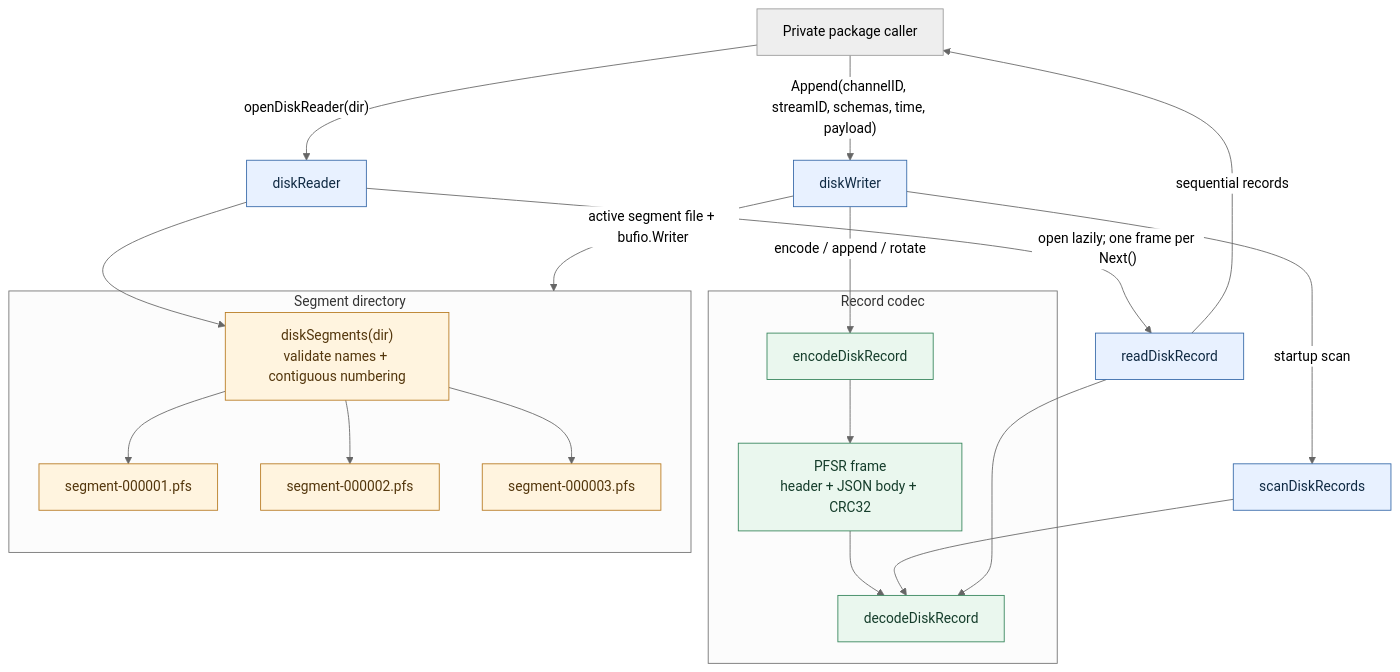
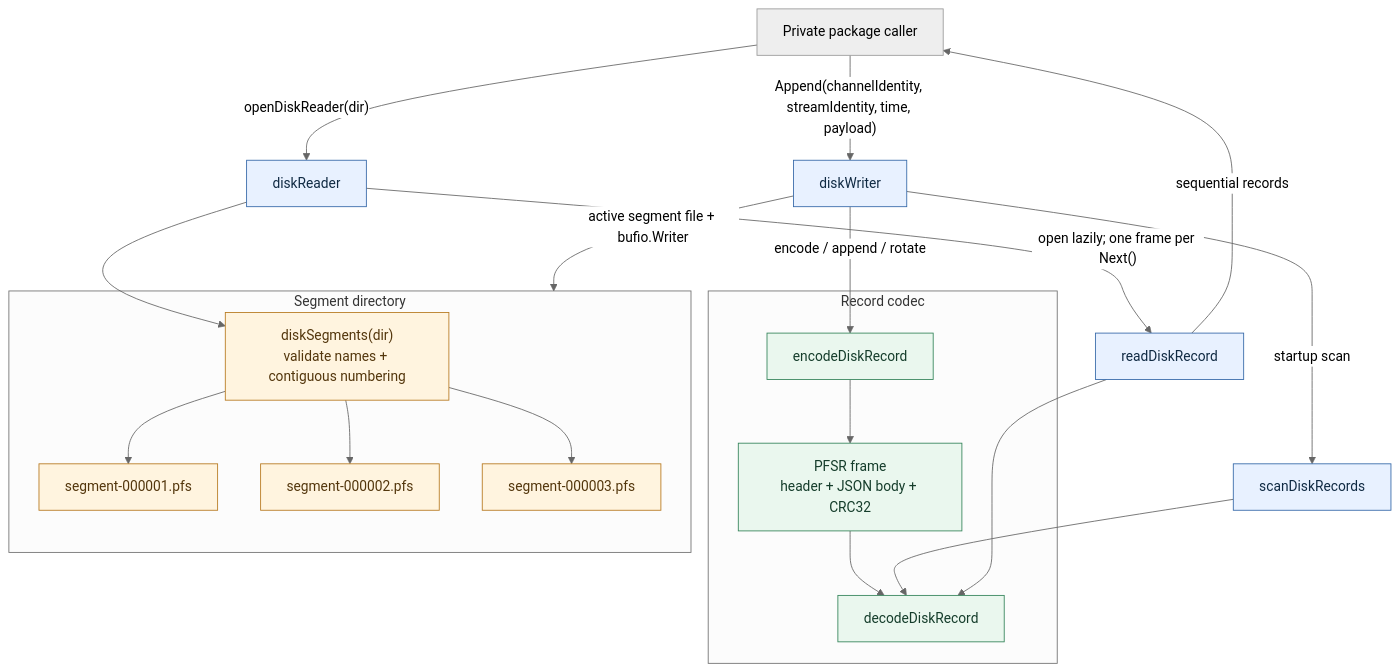
Before and after one commit to gunesis-game/pulsyflux-stream: the first of 8 diagrams in docs/storage_disk.md, drawn with Mermaid (neutral theme). The commit also changed other lines of this file, not shown here.

Commit message:
docs: describe disk record identity v3

````diff
--- a/docs/storage_disk.md
+++ b/docs/storage_disk.md
@@ -23,40 +23,40 @@
 ```mermaid
 flowchart TB
-    Caller["Private package caller"] -->|"Append(channelID, streamID, schemas, time, payload)"| Writer["diskWriter"]
+    Caller["Private package caller"] -->|"Append(channelIdentity, streamIdentity, time, payload)"| Writer["diskWriter"]
     Caller -->|"openDiskReader(dir)"| Reader["diskReader"]
 
     subgraph Codec["Record codec"]
       Encode["encodeDiskRecord"]
       Decode["decodeDiskRecord"]
       Frame["PFSR frame<br/>header + JSON body + CRC32"]
       Encode --> Frame
       Frame --> Decode
     end
 
     subgraph Filesystem["Segment directory"]
       Segments["diskSegments(dir)<br/>validate names + contiguous numbering"]
       S1["segment-000001.pfs"]
       S2["segment-000002.pfs"]
       S3["segment-000003.pfs"]
       Segments --> S1
       Segments --> S2
       Segments --> S3
     end
 
     Writer -->|"encode / append / rotate"| Encode
     Writer -->|"startup scan"| Scanner["scanDiskRecords"]
     Scanner --> Decode
     Writer -->|"active segment file + bufio.Writer"| Filesystem
 
     Reader --> Segments
     Reader -->|"open lazily; one frame per Next()"| ReadFrame["readDiskRecord"]
     ReadFrame --> Decode
     ReadFrame -->|"sequential records"| Caller
 
     classDef io fill:#e8f1ff,stroke:#3568a8,color:#102a43
     classDef codec fill:#eaf7ee,stroke:#34845a,color:#153d2b
     classDef disk fill:#fff4df,stroke:#b7791f,color:#53360c
     class Writer,Reader,Scanner,ReadFrame io
     class Encode,Decode,Frame codec
     class Segments,S1,S2,S3 disk
 ```
````
